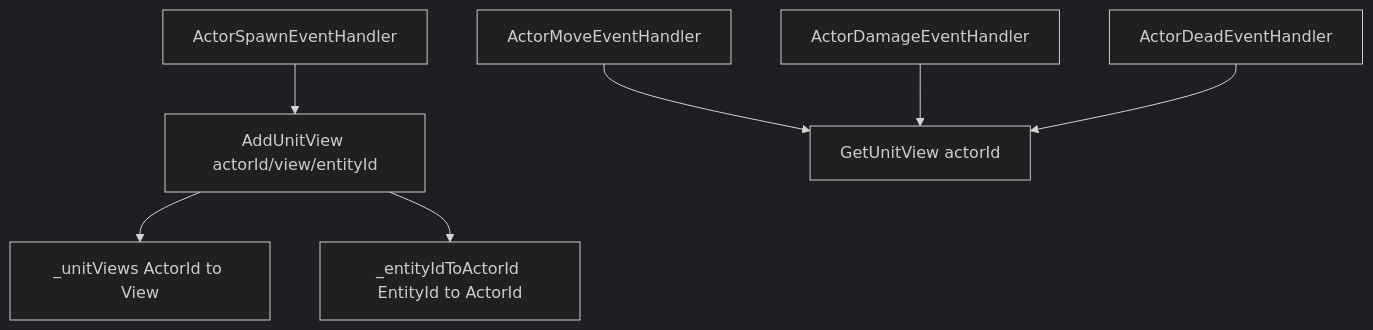
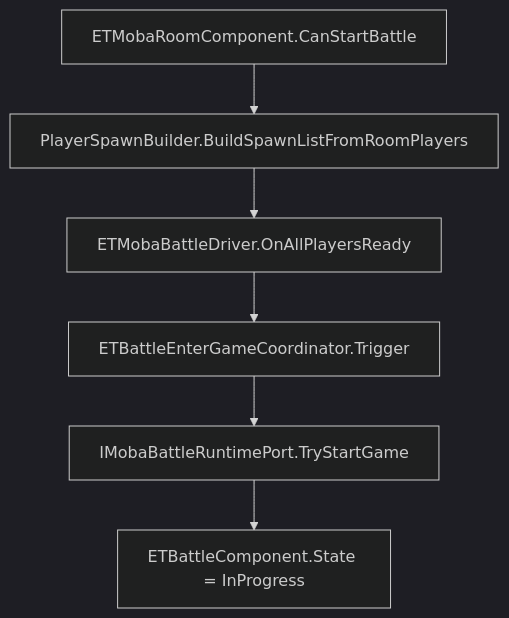
Before and after one commit to Kurumioi/AbilityKit: the second of 9 diagrams in Docs/design/09-ImplementationExamples/02-ET Demo Analysis.md, drawn with Mermaid (dark theme). The commit also changed other lines of this file and 389 other files, not shown here.

````diff
--- a/Docs/design/09-ImplementationExamples/02-ET Demo Analysis.md
+++ b/Docs/design/09-ImplementationExamples/02-ET Demo Analysis.md
@@ -88,9 +91,11 @@
 ```mermaid
 flowchart TB
-    Spawn[ActorSpawnEventHandler] --> AddView[AddUnitView actorId/view/entityId]
-    AddView --> ActorMap[_unitViews ActorId to View]
-    AddView --> EntityMap[_entityIdToActorId EntityId to ActorId]
-    Move[ActorMoveEventHandler] --> Lookup[GetUnitView actorId]
-    Damage[ActorDamageEventHandler] --> Lookup
-    Dead[ActorDeadEventHandler] --> Lookup
+    RoomReady[ETMobaRoomComponent.CanStartBattle]
+    SpawnList[PlayerSpawnBuilder.BuildSpawnListFromRoomPlayers]
+    Host[ETMobaBattleDriver.OnAllPlayersReady]
+    Runtime[ETBattleEnterGameCoordinator.Trigger]
+    Port[IMobaBattleRuntimePort.TryStartGame]
+    State[ETBattleComponent.State = InProgress]
+
+    RoomReady --> SpawnList --> Host --> Runtime --> Port --> State
 ```
````
